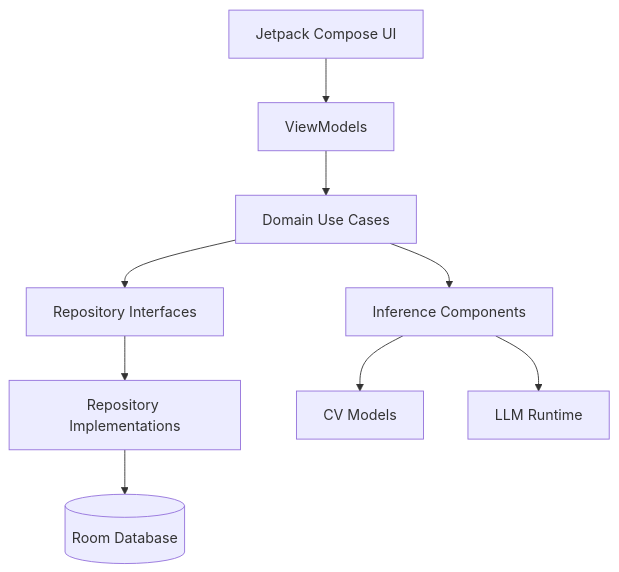
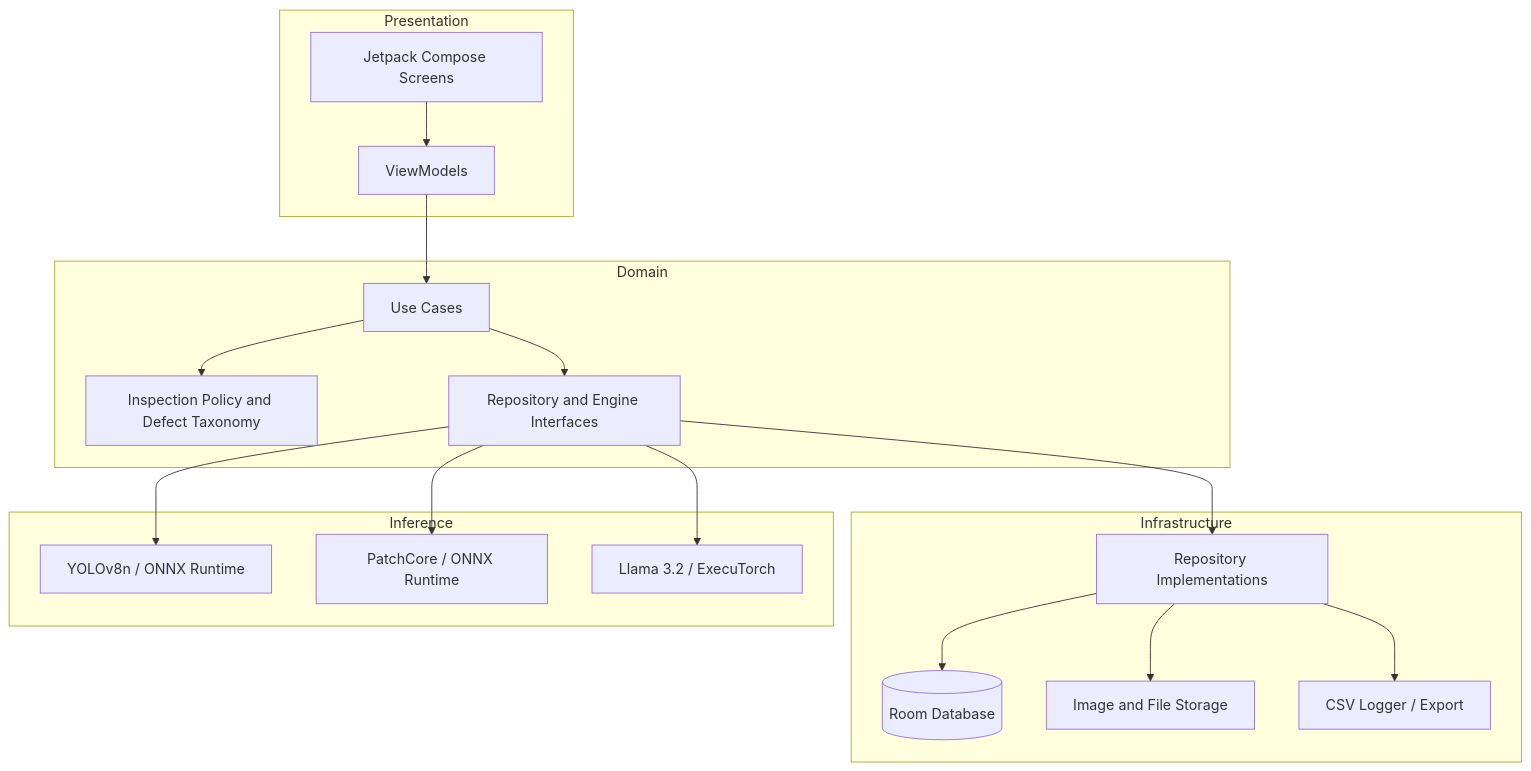
One commit to radicalSanta/Bharat-AI-PCB-Inspector changed the second of 2 diagrams in README.md. Above: the diagram before and after it, drawn with Mermaid. The commit also changed other lines of this file, not shown here.

Commit message:
docs: rewrite README with architecture and usage details

````diff
--- a/README.md
+++ b/README.md
@@ -42,11 +164,34 @@
 ```mermaid
-flowchart TD
-    A[Jetpack Compose UI] --> B[ViewModels]
-    B --> C[Domain Use Cases]
-    C --> D[Repository Interfaces]
-    D --> E[Repository Implementations]
-    E --> F[(Room Database)]
-    C --> G[Inference Components]
-    G --> H[CV Models]
-    G --> I[LLM Runtime]
+flowchart TB
+    subgraph Presentation
+        UI[Jetpack Compose Screens]
+        VM[ViewModels]
+        UI --> VM
+    end
+    subgraph Domain
+        UC[Use Cases]
+        POLICY[Inspection Policy and Defect Taxonomy]
+        CONTRACTS[Repository and Engine Interfaces]
+        VM --> UC
+        UC --> POLICY
+        UC --> CONTRACTS
+    end
+    subgraph Infrastructure
+        REPO[Repository Implementations]
+        ROOM[(Room Database)]
+        STORAGE[Image and File Storage]
+        CSV[CSV Logger / Export]
+        REPO --> ROOM
+        REPO --> STORAGE
+        REPO --> CSV
+    end
+    subgraph Inference
+        YOLO[YOLOv8n / ONNX Runtime]
+        PATCH[PatchCore / ONNX Runtime]
+        LLM[Llama 3.2 / ExecuTorch]
+    end
+    CONTRACTS --> REPO
+    CONTRACTS --> YOLO
+    CONTRACTS --> PATCH
+    CONTRACTS --> LLM
 ```
````
